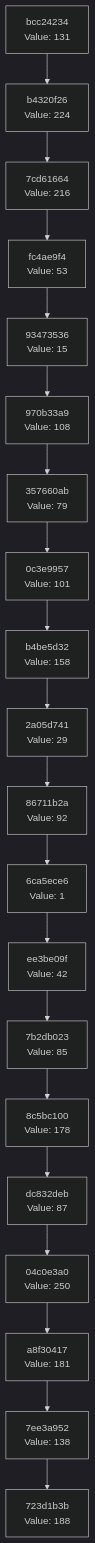
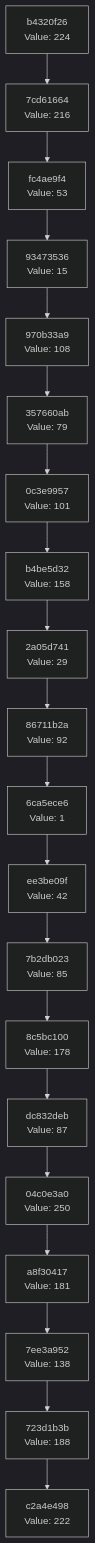
One commit to Abhisheksinha1506/hash-chain-evolver changed the diagram in docs/CHAIN_VISUALIZATION.md. Above: the diagram before and after it, drawn with Mermaid (dark theme). The commit also changed 2 other files, not shown here.

Commit message:
Evolution step: hash 0xDE → action executed

````diff
--- a/docs/CHAIN_VISUALIZATION.md
+++ b/docs/CHAIN_VISUALIZATION.md
@@ -3,42 +3,42 @@
 ```mermaid
 graph TD
-    C0["723d1b3b<br/>Value: 188"]
-    C1["7ee3a952<br/>Value: 138"]
+    C0["c2a4e498<br/>Value: 222"]
+    C1["723d1b3b<br/>Value: 188"]
     C1 --> C0
-    C2["a8f30417<br/>Value: 181"]
+    C2["7ee3a952<br/>Value: 138"]
     C2 --> C1
-    C3["04c0e3a0<br/>Value: 250"]
+    C3["a8f30417<br/>Value: 181"]
     C3 --> C2
-    C4["dc832deb<br/>Value: 87"]
+    C4["04c0e3a0<br/>Value: 250"]
     C4 --> C3
-    C5["8c5bc100<br/>Value: 178"]
+    C5["dc832deb<br/>Value: 87"]
     C5 --> C4
-    C6["7b2db023<br/>Value: 85"]
+    C6["8c5bc100<br/>Value: 178"]
     C6 --> C5
-    C7["ee3be09f<br/>Value: 42"]
+    C7["7b2db023<br/>Value: 85"]
     C7 --> C6
-    C8["6ca5ece6<br/>Value: 1"]
+    C8["ee3be09f<br/>Value: 42"]
     C8 --> C7
-    C9["86711b2a<br/>Value: 92"]
+    C9["6ca5ece6<br/>Value: 1"]
     C9 --> C8
-    C10["2a05d741<br/>Value: 29"]
+    C10["86711b2a<br/>Value: 92"]
     C10 --> C9
-    C11["b4be5d32<br/>Value: 158"]
+    C11["2a05d741<br/>Value: 29"]
     C11 --> C10
-    C12["0c3e9957<br/>Value: 101"]
+    C12["b4be5d32<br/>Value: 158"]
     C12 --> C11
-    C13["357660ab<br/>Value: 79"]
+    C13["0c3e9957<br/>Value: 101"]
     C13 --> C12
-    C14["970b33a9<br/>Value: 108"]
+    C14["357660ab<br/>Value: 79"]
     C14 --> C13
-    C15["93473536<br/>Value: 15"]
+    C15["970b33a9<br/>Value: 108"]
     C15 --> C14
-    C16["fc4ae9f4<br/>Value: 53"]
+    C16["93473536<br/>Value: 15"]
     C16 --> C15
-    C17["7cd61664<br/>Value: 216"]
+    C17["fc4ae9f4<br/>Value: 53"]
     C17 --> C16
-    C18["b4320f26<br/>Value: 224"]
+    C18["7cd61664<br/>Value: 216"]
     C18 --> C17
-    C19["bcc24234<br/>Value: 131"]
+    C19["b4320f26<br/>Value: 224"]
     C19 --> C18
 ```
````
